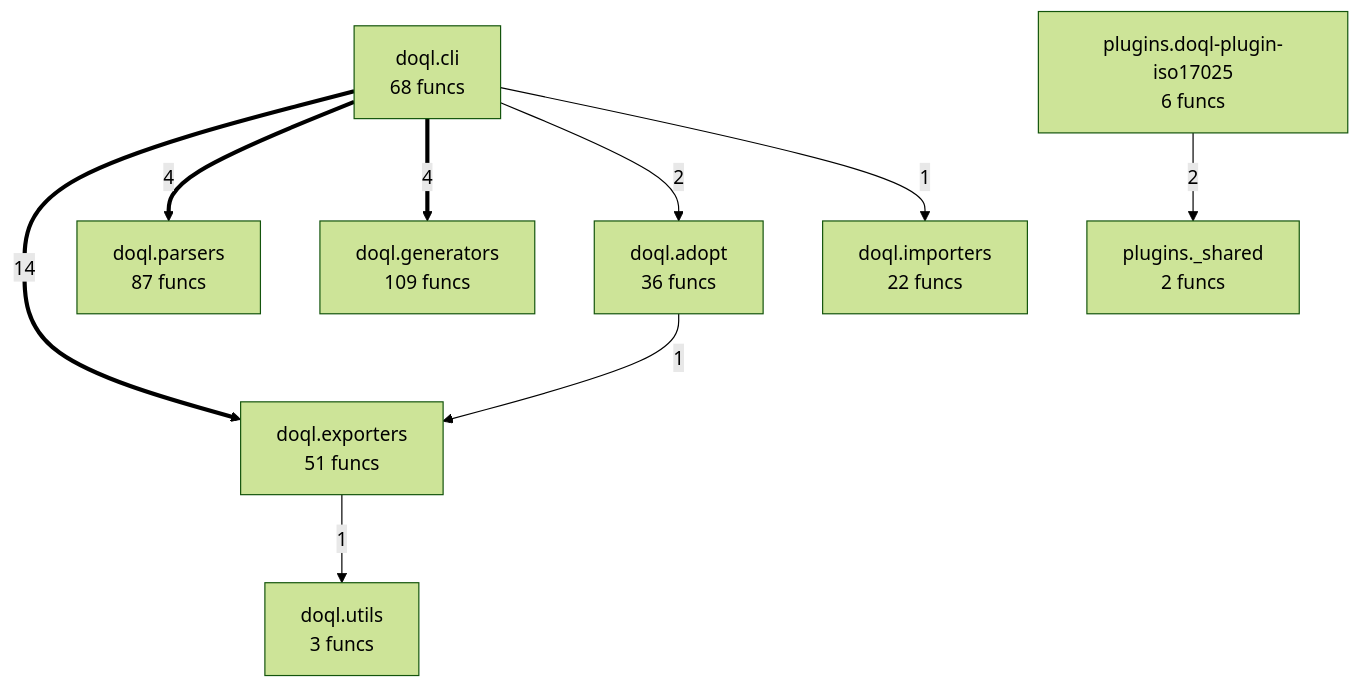
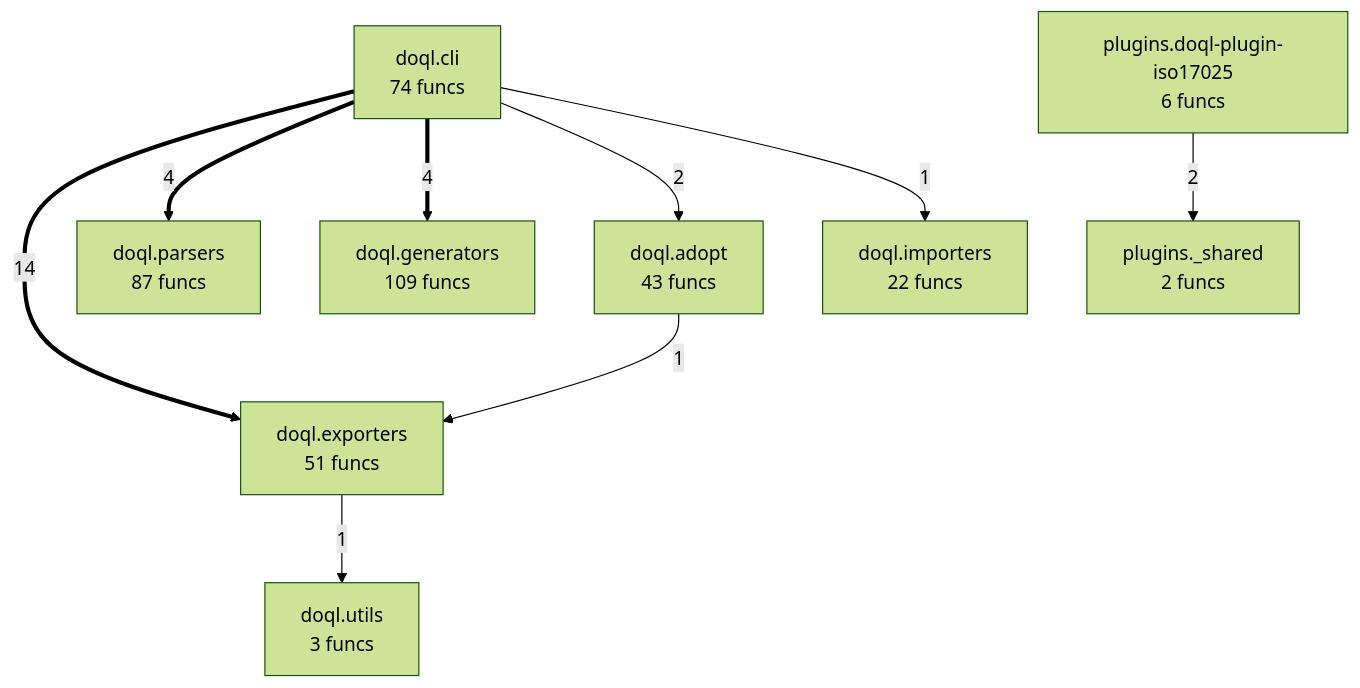
Before and after one commit to oqlos/doql: the diagram in project/compact_flow.mmd, drawn with Mermaid (forest theme). The commit also changed 28 other files, not shown here.

```diff
--- a/project/compact_flow.mmd
+++ b/project/compact_flow.mmd
@@ -1,18 +1,18 @@
 flowchart TD
-    doql__adopt["doql.adopt<br/>36 funcs"]
-    doql__cli["doql.cli<br/>68 funcs"]
+    doql__adopt["doql.adopt<br/>43 funcs"]
+    doql__cli["doql.cli<br/>74 funcs"]
     doql__exporters["doql.exporters<br/>51 funcs"]
     doql__generators["doql.generators<br/>109 funcs"]
     doql__importers["doql.importers<br/>22 funcs"]
     doql__parsers["doql.parsers<br/>87 funcs"]
     doql__utils["doql.utils<br/>3 funcs"]
     plugins___shared["plugins._shared<br/>2 funcs"]
     plugins__doql_plugin_iso17025["plugins.doql-plugin-iso17025<br/>6 funcs"]
     doql__cli ==>|14| doql__exporters
     doql__cli ==>|4| doql__parsers
     doql__cli ==>|4| doql__generators
     plugins__doql_plugin_iso17025 -->|2| plugins___shared
     doql__cli -->|2| doql__adopt
     doql__cli -->|1| doql__importers
     doql__exporters -->|1| doql__utils
     doql__adopt -->|1| doql__exporters
```
